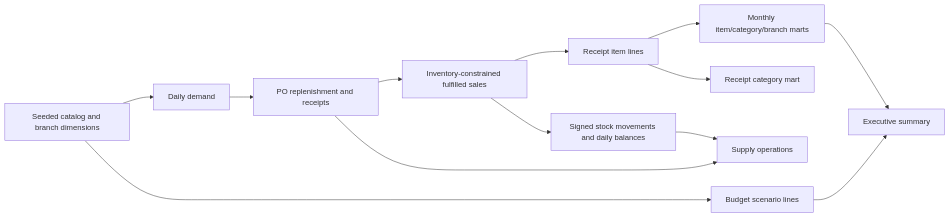
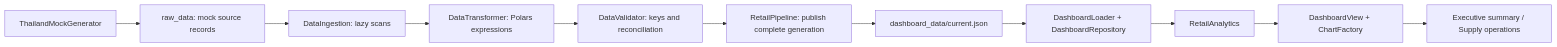
Before and after one commit to chaimongkol-inpanya/Retail_Store_Profitability_Analysis: the first of 2 diagrams in README.md, drawn with Mermaid. The commit also changed other lines of this file and 383 other files, not shown here.

Commit message:
Refactor retail pipeline to Polars and class-based architecture

````diff
--- a/README.md
+++ b/README.md
@@ -24,15 +25,13 @@
 ```mermaid
 flowchart LR
- A[Seeded catalog and branch dimensions] --> B[Daily demand]
- B --> C[PO replenishment and receipts]
- C --> D[Inventory-constrained fulfilled sales]
- D --> E[Receipt item lines]
- D --> F[Signed stock movements and daily balances]
- E --> G[Monthly item/category/branch marts]
- E --> H[Receipt category mart]
- A --> I[Budget scenario lines]
- G --> J[Executive summary]
- I --> J
- F --> K[Supply operations]
- C --> K
+ A[ThailandMockGenerator] --> R[raw_data: mock source records]
+ R --> I[DataIngestion: lazy scans]
+ I --> T[DataTransformer: Polars expressions]
+ T --> V[DataValidator: keys and reconciliation]
+ V --> P[RetailPipeline: publish complete generation]
+ P --> M[dashboard_data/current.json]
+ M --> L[DashboardLoader + DashboardRepository]
+ L --> S[RetailAnalytics]
+ S --> U[DashboardView + ChartFactory]
+ U --> D[Executive summary / Supply operations]
 ```
````
